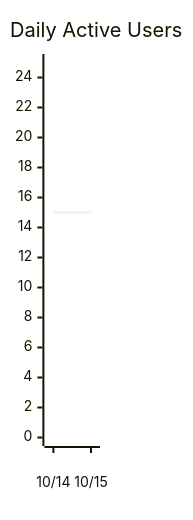
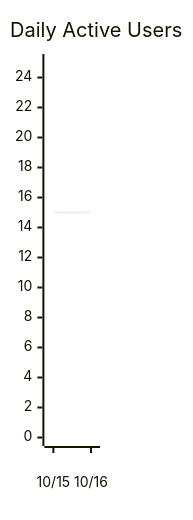
Before and after one commit to austenstone/copilot-usage: the third of 5 diagrams in __tests__/mock/enterprise-usage-summary.md, drawn with Mermaid. The commit also changed other lines of this file and 11 other files, not shown here.

````diff
--- a/__tests__/mock/enterprise-usage-summary.md
+++ b/__tests__/mock/enterprise-usage-summary.md
@@ -47,18 +47,18 @@
 ```mermaid
 ---
 config:
     xyChart:
         width: 90
         height: 500
         xAxis:
             labelPadding: 20
     themeVariables:
         xyChart:
             backgroundColor: "transparent"
 ---
 xychart-beta
   title "Daily Active Users"
-  x-axis ["10/14", "10/15"]
+  x-axis ["10/15", "10/16"]
   y-axis "Active Users" 0 --> 25
   line [15, 15]
 ```
````
